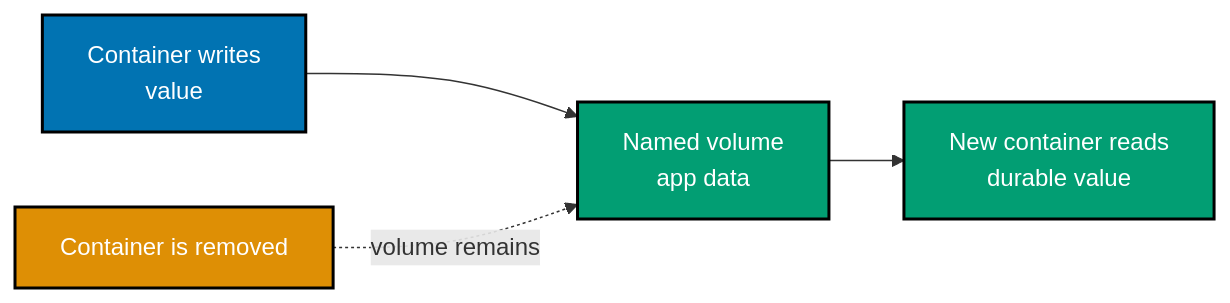
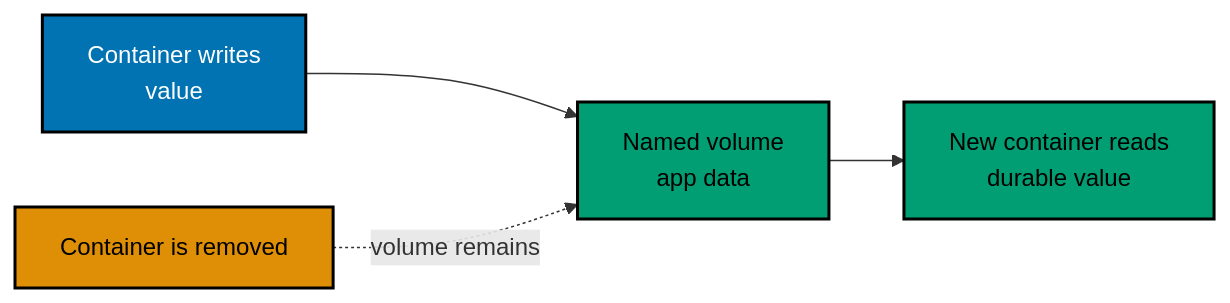
Before and after one commit to wahidyankf/ose-public: the first of 17 diagrams in apps/ayokoding-www/content/en/learn/courses/containers-and-orchestration/learning/intermediate.md, drawn with Mermaid. The commit also changed other lines of this file and 144 other files, not shown here.

First line of the commit message:
fix(mermaid): bring the first half of the courses diagrams onto the accessible palette

````diff
--- a/apps/ayokoding-www/content/en/learn/courses/containers-and-orchestration/learning/intermediate.md
+++ b/apps/ayokoding-www/content/en/learn/courses/containers-and-orchestration/learning/intermediate.md
@@ -18,14 +18,17 @@
 ```mermaid
 %% Color Palette: Blue #0173B2, Orange #DE8F05, Teal #029E73; color-blind friendly WCAG AA palette
 graph LR
+    accTitle: Example 28: Named volume
+    accDescr: Graph with 4 nodes and 2 connections. Nodes: Container writes value, Named volume app data, Container is removed, New container reads durable value. Connections: Container writes value to Named volume app data, Named volume app data to New container reads durable value.
     W["Container writes<br/>value"]:::blue
     V["Named volume<br/>app data"]:::teal
     R["Container is removed"]:::orange
     N["New container reads<br/>durable value"]:::teal
     W --> V
     R -. "volume remains" .-> V
     V --> N
     classDef blue fill:#0173B2,stroke:#000000,color:#FFFFFF,stroke-width:2px
-    classDef teal fill:#029E73,stroke:#000000,color:#FFFFFF,stroke-width:2px
-    classDef orange fill:#DE8F05,stroke:#000000,color:#FFFFFF,stroke-width:2px
+    classDef teal fill:#029E73,stroke:#000000,color:#000000,stroke-width:2px
+    classDef orange fill:#DE8F05,stroke:#000000,color:#000000,stroke-width:2px
+    classDef default fill:#FFFFFF,stroke:#000000,color:#000000
 ```
````
